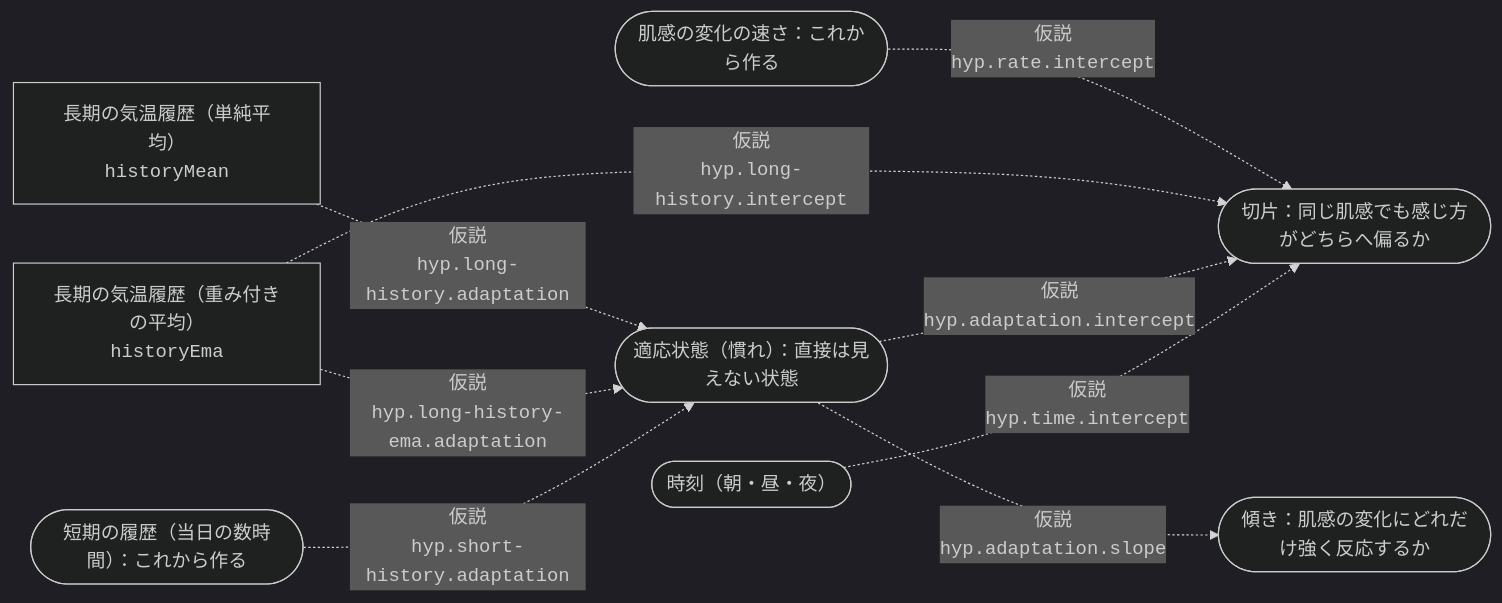
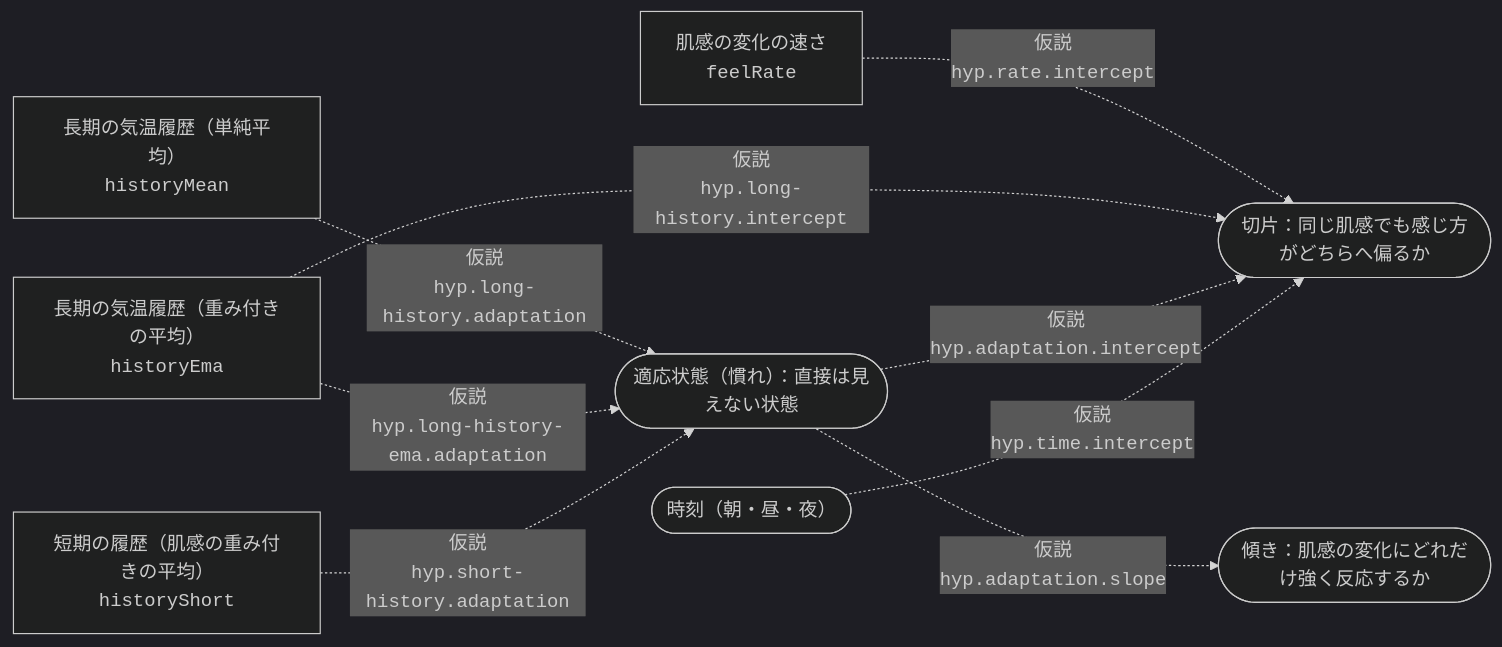
One commit to Watanabe-Masao/weather-note-cf changed the second of 2 diagrams in docs/core-map.md. Above: the diagram before and after it, drawn with Mermaid (dark theme). The commit also changed other lines of this file and 13 other files, not shown here.

````diff
--- a/docs/core-map.md
+++ b/docs/core-map.md
@@ -63,19 +71,19 @@
 ```mermaid
 flowchart LR
   historyMean["長期の気温履歴（単純平均）<br><code>historyMean</code>"]
   adaptation(["適応状態（慣れ）：直接は見えない状態"])
   historyEma["長期の気温履歴（重み付きの平均）<br><code>historyEma</code>"]
-  shortHistory(["短期の履歴（当日の数時間）：これから作る"])
-  rate(["肌感の変化の速さ：これから作る"])
+  historyShort["短期の履歴（肌感の重み付きの平均）<br><code>historyShort</code>"]
+  feelRate["肌感の変化の速さ<br><code>feelRate</code>"]
   intercept(["切片：同じ肌感でも感じ方がどちらへ偏るか"])
   slope(["傾き：肌感の変化にどれだけ強く反応するか"])
   timeOfDay(["時刻（朝・昼・夜）"])
   historyMean -. "仮説<br><code>hyp.long-history.adaptation</code>" .-> adaptation
   historyEma -. "仮説<br><code>hyp.long-history-ema.adaptation</code>" .-> adaptation
-  shortHistory -. "仮説<br><code>hyp.short-history.adaptation</code>" .-> adaptation
-  rate -. "仮説<br><code>hyp.rate.intercept</code>" .-> intercept
+  historyShort -. "仮説<br><code>hyp.short-history.adaptation</code>" .-> adaptation
+  feelRate -. "仮説<br><code>hyp.rate.intercept</code>" .-> intercept
   historyEma -. "仮説<br><code>hyp.long-history.intercept</code>" .-> intercept
   adaptation -. "仮説<br><code>hyp.adaptation.intercept</code>" .-> intercept
   adaptation -. "仮説<br><code>hyp.adaptation.slope</code>" .-> slope
   timeOfDay -. "仮説<br><code>hyp.time.intercept</code>" .-> intercept
 ```
````
